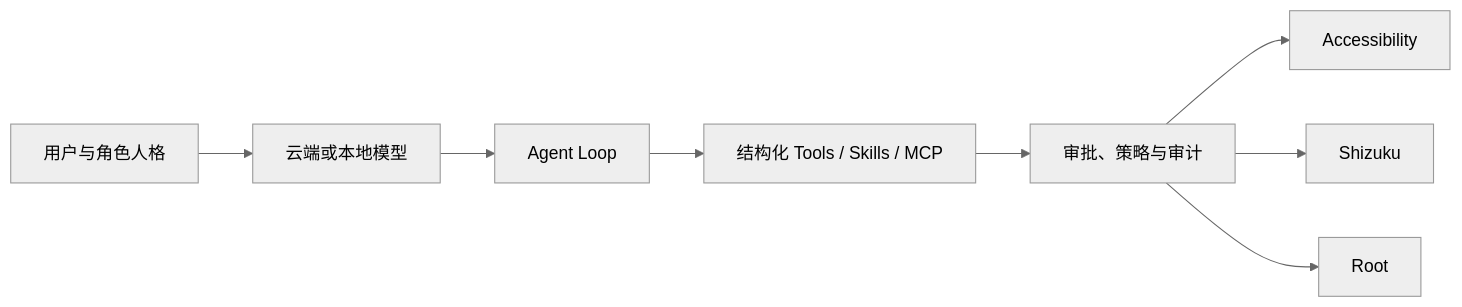
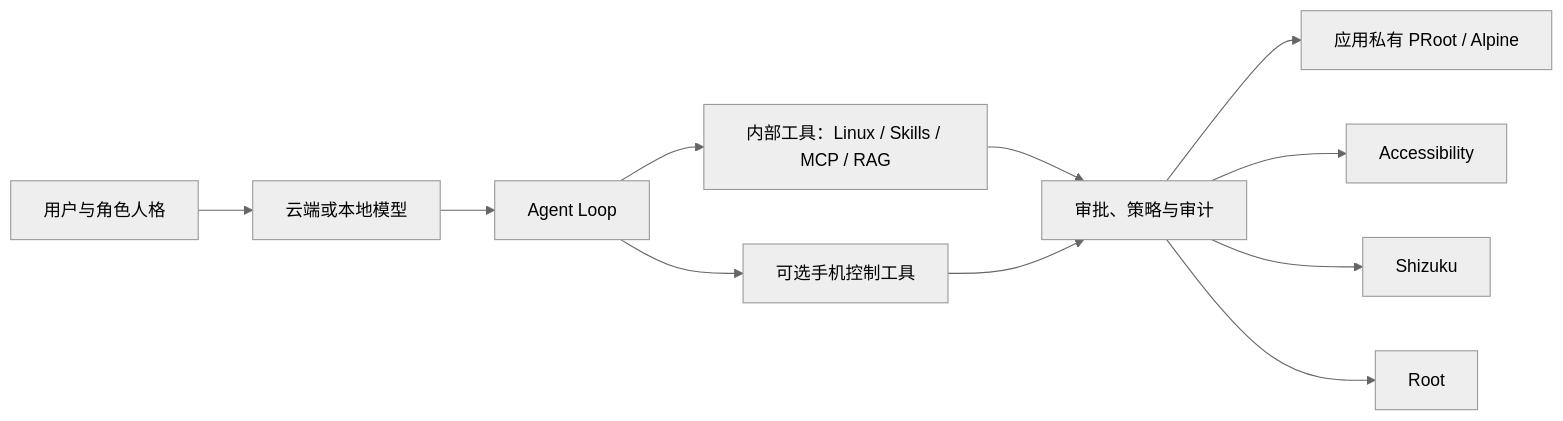
Before and after one commit to Wayne1145/yachiyo-claw: the diagram in README.md, drawn with Mermaid (neutral theme). The commit also changed other lines of this file and 1516 other files, not shown here.

Commit message:
feat(android): add internal agent tools and GGUF runtime

````diff
--- a/README.md
+++ b/README.md
@@ -94,10 +96,13 @@
 ```mermaid
 flowchart LR
     USER["用户与角色人格"] --> MODEL["云端或本地模型"]
     MODEL --> LOOP["Agent Loop"]
-    LOOP --> TOOLS["结构化 Tools / Skills / MCP"]
-    TOOLS --> BROKER["审批、策略与审计"]
+    LOOP --> INTERNAL["内部工具：Linux / Skills / MCP / RAG"]
+    LOOP --> PHONE["可选手机控制工具"]
+    INTERNAL --> BROKER["审批、策略与审计"]
+    PHONE --> BROKER
+    BROKER --> SANDBOX["应用私有 PRoot / Alpine"]
     BROKER --> ACCESS["Accessibility"]
     BROKER --> SHIZUKU["Shizuku"]
     BROKER --> ROOT["Root"]
 ```
````
